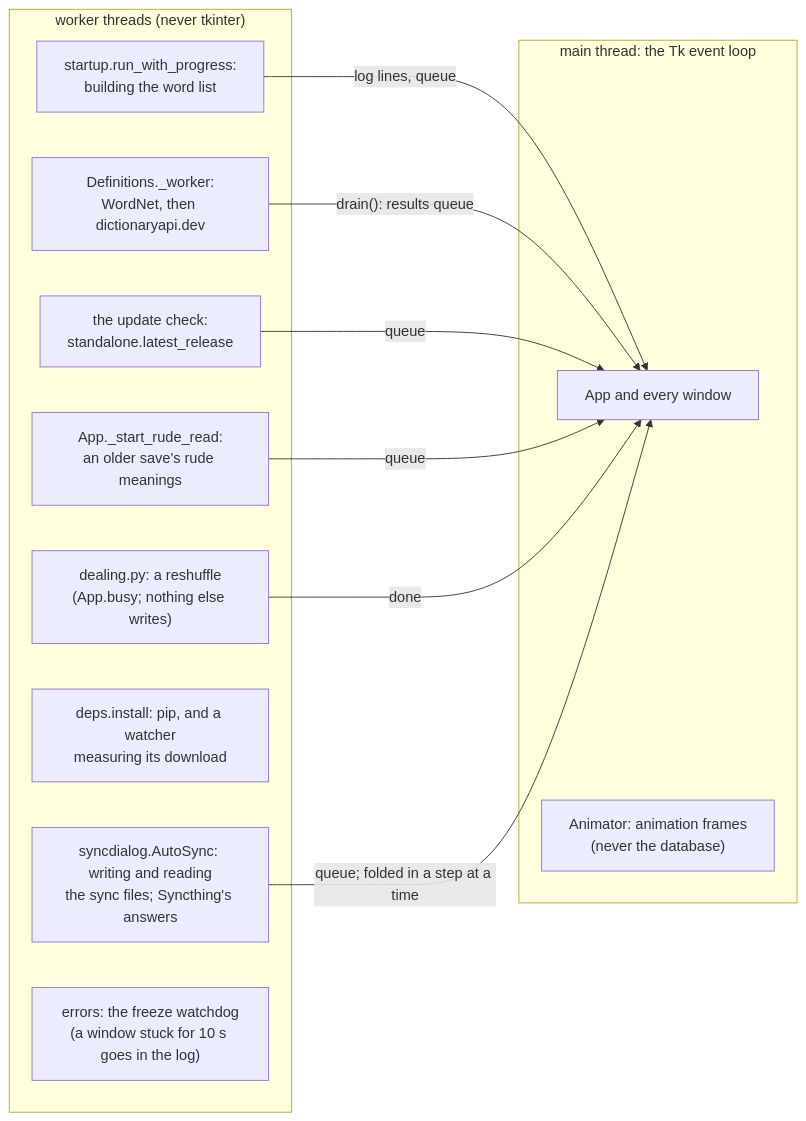
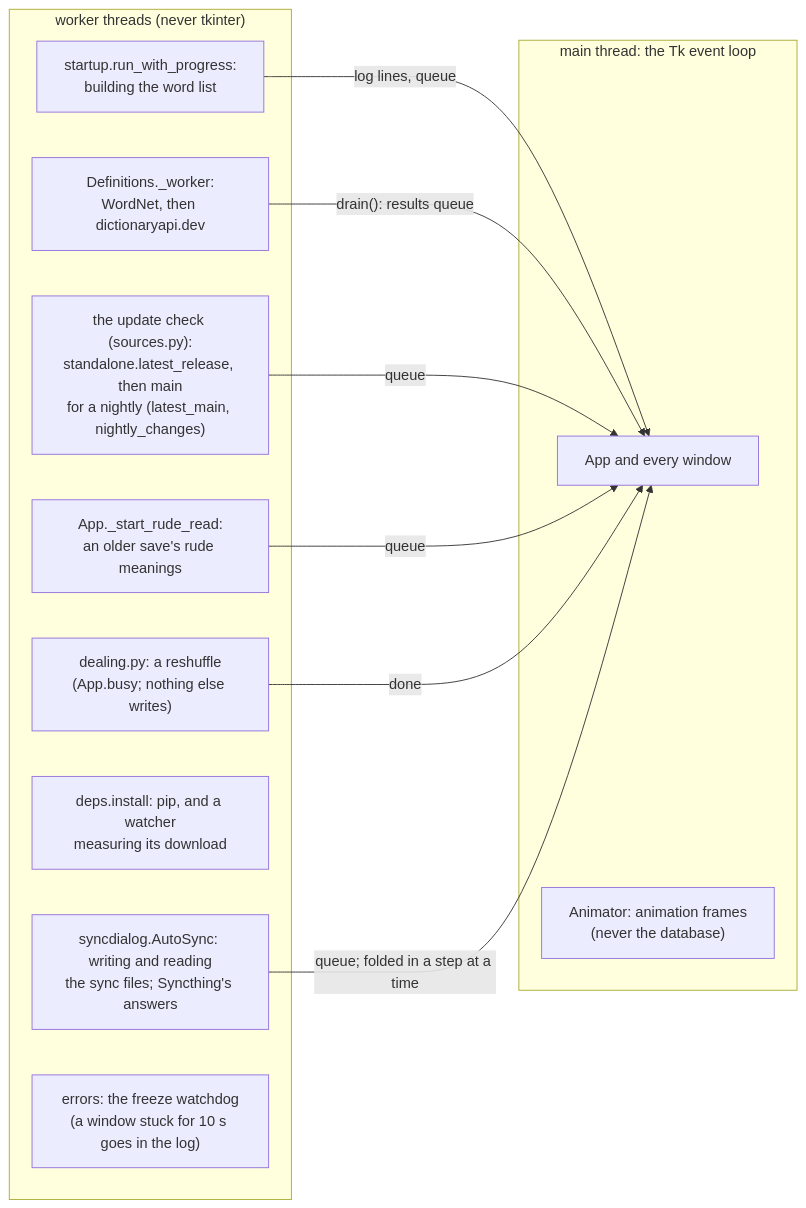
One commit to kiva-mccr/Word-Tierlister changed the seventh of 13 diagrams in DEVELOPERS.md. Above: the diagram before and after it, drawn with Mermaid. The commit also changed other lines of this file and 3 other files, not shown here.

First line of the commit message:
Docs: bring the guides and charts up to date with #36-#47

````diff
--- a/DEVELOPERS.md
+++ b/DEVELOPERS.md
@@ -294,23 +305,23 @@
 ```mermaid
 flowchart LR
     subgraph main["main thread: the Tk event loop"]
         App["App and every window"]
         Anim["Animator: animation frames<br/>(never the database)"]
     end
     subgraph workers["worker threads (never tkinter)"]
         Setup["startup.run_with_progress:<br/>building the word list"]
         Defs["Definitions._worker:<br/>WordNet, then dictionaryapi.dev"]
-        Upd["the update check:<br/>standalone.latest_release"]
+        Upd["the update check (sources.py):<br/>standalone.latest_release, then main<br/>for a nightly (latest_main, nightly_changes)"]
         RudeRead["App._start_rude_read:<br/>an older save's rude meanings"]
         Deal["dealing.py: a reshuffle<br/>(App.busy; nothing else writes)"]
         Pip["deps.install: pip, and a watcher<br/>measuring its download"]
         Sync["syncdialog.AutoSync: writing and reading<br/>the sync files; Syncthing's answers"]
         Watch["errors: the freeze watchdog<br/>(a window stuck for 10 s goes in the log)"]
     end
     Setup -- "log lines, queue" --> App
     Defs -- "drain(): results queue" --> App
     Upd -- "queue" --> App
     RudeRead -- "queue" --> App
     Deal -- "done" --> App
     Sync -- "queue; folded in a step at a time" --> App
 ```
````
